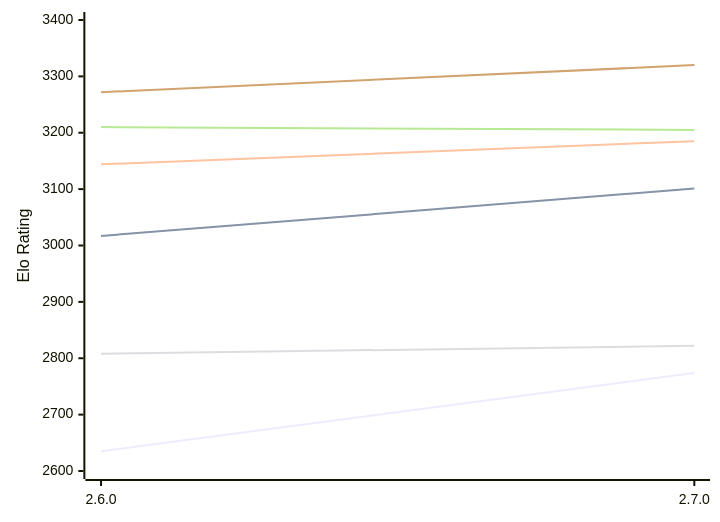
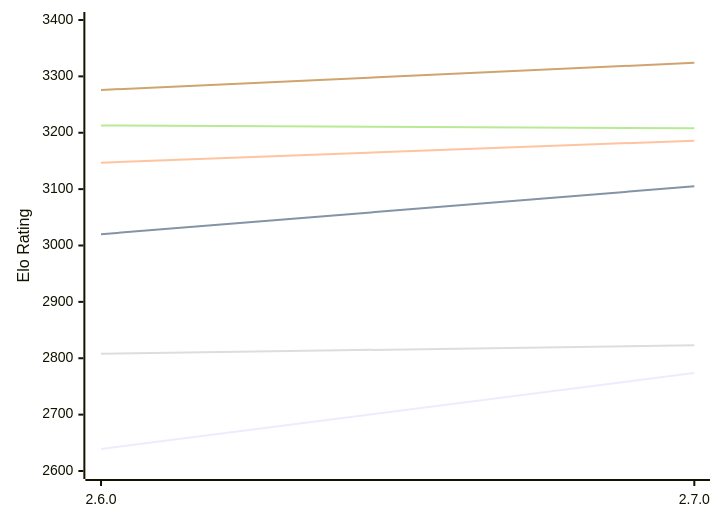
The first of 2 diagrams in engines/Sturddle2.md (computer-chess-index/cci), drawn with Mermaid before and after one commit. The commit also changed other lines of this file, not shown here.

Commit message:
Update CCI Ratings (ELO VLTC) - 2026-10-17

````diff
--- a/engines/Sturddle2.md
+++ b/engines/Sturddle2.md
@@ -51,12 +51,12 @@
 ```mermaid
 %%{init: {"theme":"base","themeVariables":{"seriesColors:['#a3a3a3','#222221','#faa371']}}}%%
 xychart-beta
   x-axis ["2.6.0", "2.7.0"]
   y-axis "Elo Rating" 2600 --> 3400
-  line "E1: STC (8.0+0.08s)" [2635, 2774]
-  line "E1: LTC (60.0+0.60s)" [3017, 3101]
-  line "E1: VLTC (2m24s+1.12s)" [3144, 3185]
-  line "P1: STC (8.0+0.08s)" [2808, 2822]
-  line "P1: LTC (60.0+0.60s)" [3210, 3205]
-  line "P1: VLTC (2m24s+1.12s)" [3272, 3320]
+  line "E1: STC (8.0+0.08s)" [2639, 2774]
+  line "E1: LTC (60.0+0.60s)" [3020, 3105]
+  line "E1: VLTC (2m24s+1.12s)" [3147, 3186]
+  line "P1: STC (8.0+0.08s)" [2808, 2823]
+  line "P1: LTC (60.0+0.60s)" [3213, 3208]
+  line "P1: VLTC (2m24s+1.12s)" [3276, 3324]
 ```
````
